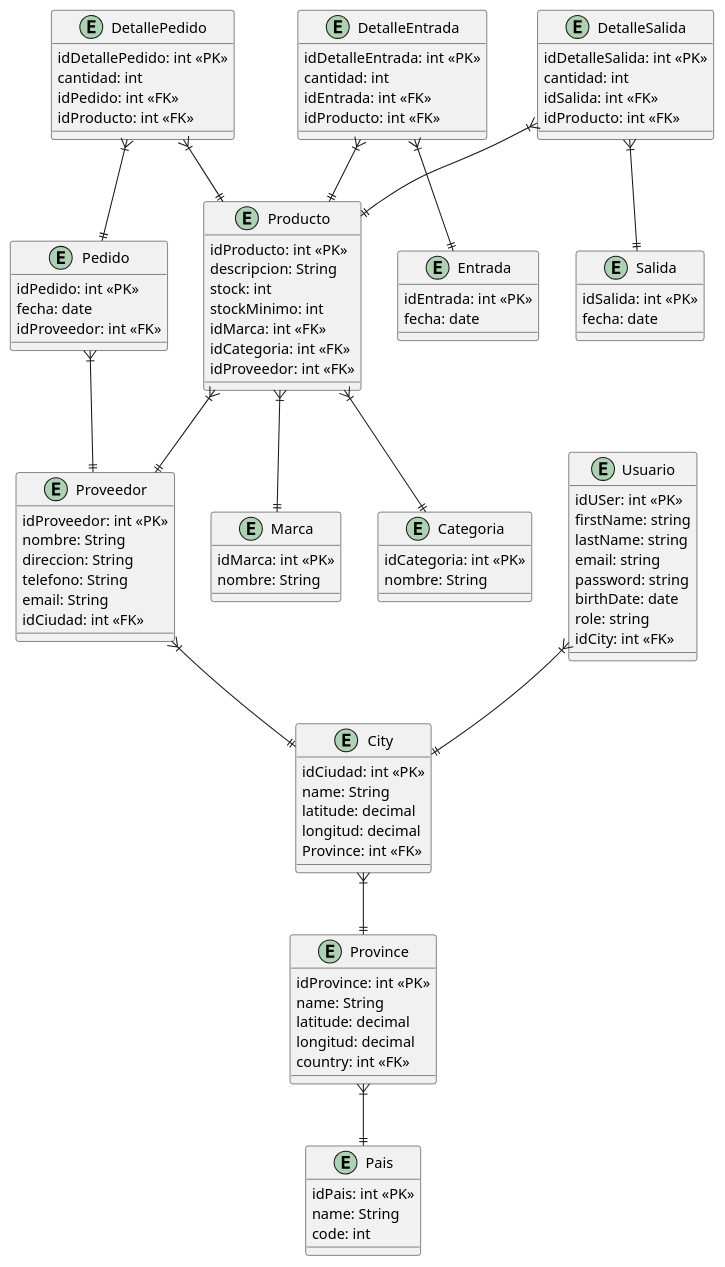
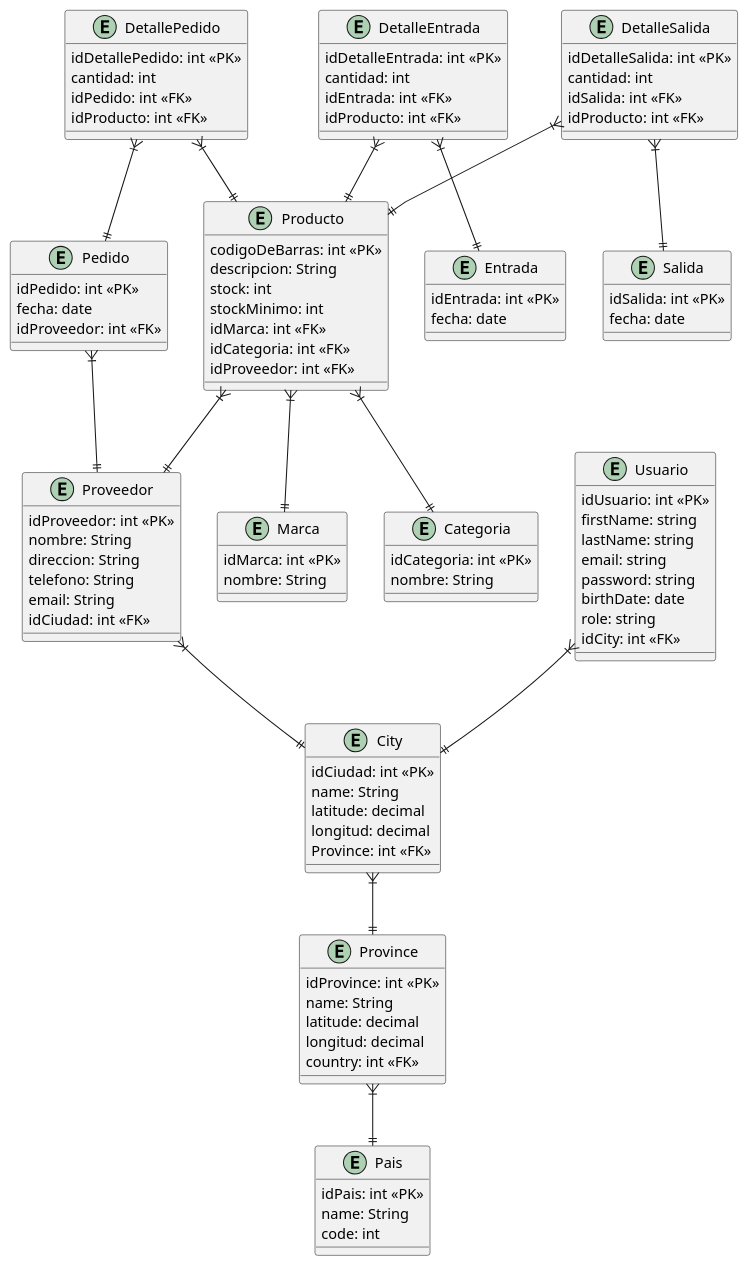
Before and after one commit to MartinCostamagna/ControlDeStock: the diagram in Diagramas/Diagrama de Entidad Relacion.puml, drawn with PlantUML. The commit also changed 30 other files, not shown here.

Commit message:
Cambio Person por Usuario y Arreglo diagramas

```diff
--- a/Diagramas/Diagrama de Entidad Relacion.puml
+++ b/Diagramas/Diagrama de Entidad Relacion.puml
@@ -1,116 +1,116 @@
 @startuml Diagrama de Entidad Relacion
 entity Producto {
-    idProducto: int <<PK>>
+    codigoDeBarras: int <<PK>>
     descripcion: String
     stock: int
     stockMinimo: int
     idMarca: int <<FK>>
     idCategoria: int <<FK>>
     idProveedor: int <<FK>>
 }
 
 entity Marca {
     idMarca: int <<PK>>
     nombre: String
 }
 
 entity Categoria {
     idCategoria: int <<PK>>
     nombre: String
 }
 
 entity Proveedor {
     idProveedor: int <<PK>>
     nombre: String
     direccion: String
     telefono: String
     email: String
     idCiudad: int <<FK>>
 }
 
 entity City {
     idCiudad: int <<PK>>
     name: String
     latitude: decimal
     longitud: decimal
     Province: int <<FK>>
 }
 
 entity Province {
     idProvince: int <<PK>>
     name: String
     latitude: decimal
     longitud: decimal
     country: int <<FK>>
 }
 
 entity Pais {
     idPais: int <<PK>>
     name: String
     code: int
 }
 
 entity Pedido {
     idPedido: int <<PK>>
     fecha: date
     idProveedor: int <<FK>>
 }
 
 entity DetallePedido {
     idDetallePedido: int <<PK>>
     cantidad: int
     idPedido: int <<FK>>
     idProducto: int <<FK>>
 }
 
 entity Entrada {
     idEntrada: int <<PK>>
     fecha: date
 }
 
 entity DetalleEntrada {
     idDetalleEntrada: int <<PK>>
     cantidad: int
     idEntrada: int <<FK>>
     idProducto: int <<FK>>
 }
 
 entity Salida {
     idSalida: int <<PK>>
     fecha: date
 }
 
 entity DetalleSalida {
     idDetalleSalida: int <<PK>>
     cantidad: int
     idSalida: int <<FK>>
     idProducto: int <<FK>>
 }
 
 entity Usuario {
-    idUSer: int <<PK>>
+    idUsuario: int <<PK>>
     firstName: string
     lastName: string
     email: string
     password: string
     birthDate: date
     role: string
     idCity: int <<FK>>
 }
 
 Producto }|--|| Marca
 Producto }|--|| Categoria
 Producto }|--|| Proveedor
 Proveedor }|--|| City
 Usuario }|--|| City 
 City }|--|| Province
 Province }|--|| Pais
 Pedido }|--|| Proveedor
 DetallePedido }|--|| Pedido
 DetallePedido }|--|| Producto
 DetalleEntrada }|--|| Entrada
 DetalleEntrada }|--|| Producto
 DetalleSalida }|--|| Salida
 DetalleSalida }|--|| Producto
 
 @enduml
```
